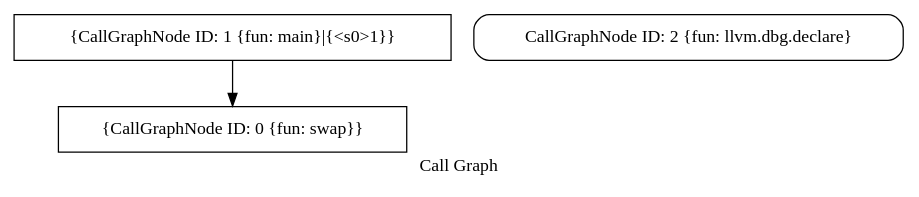
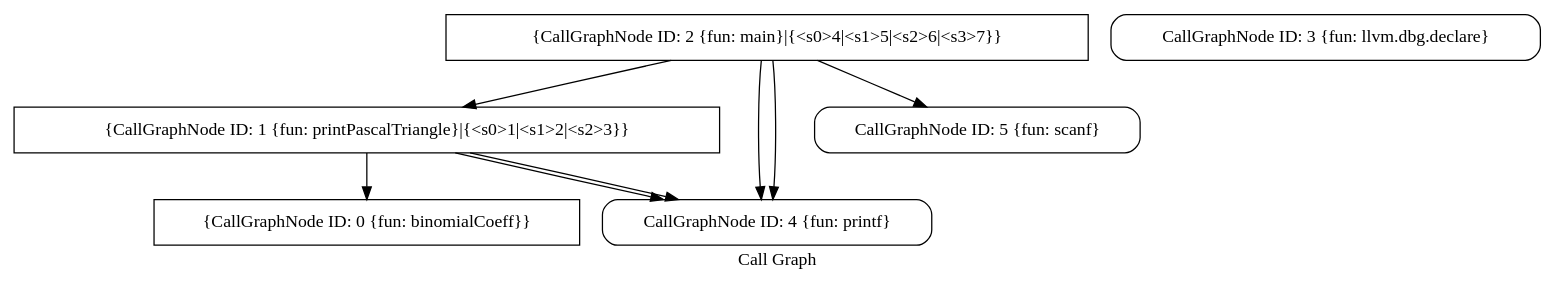
Before and after one commit to SVF-tools/SVF-Python: the diagram in tcg.dot, drawn with Graphviz. The commit also changed 3 other files, not shown here.

```diff
--- a/tcg.dot
+++ b/tcg.dot
@@ -1,8 +1,17 @@
 digraph "Call Graph" {
 	label="Call Graph";
 
-	Node0x14274da30 [shape=record,shape=box,label="{CallGraphNode ID: 0 \{fun: swap\}}"];
-	Node0x14274e0a0 [shape=record,shape=box,label="{CallGraphNode ID: 1 \{fun: main\}|{<s0>1}}"];
-	Node0x14274e0a0:s0 -> Node0x14274da30[color=black];
-	Node0x14274e0f0 [shape=record,shape=Mrecord,label="{CallGraphNode ID: 2 \{fun: llvm.dbg.declare\}}"];
+	Node0x130e8d880 [shape=record,shape=box,label="{CallGraphNode ID: 0 \{fun: binomialCoeff\}}"];
+	Node0x130e8d8d0 [shape=record,shape=box,label="{CallGraphNode ID: 1 \{fun: printPascalTriangle\}|{<s0>1|<s1>2|<s2>3}}"];
+	Node0x130e8d8d0:s0 -> Node0x130e8d880[color=black];
+	Node0x130e8d8d0:s1 -> Node0x130e8dc60[color=black];
+	Node0x130e8d8d0:s2 -> Node0x130e8dc60[color=black];
+	Node0x130e8e080 [shape=record,shape=box,label="{CallGraphNode ID: 2 \{fun: main\}|{<s0>4|<s1>5|<s2>6|<s3>7}}"];
+	Node0x130e8e080:s0 -> Node0x130e8dc60[color=black];
+	Node0x130e8e080:s1 -> Node0x130e8cde0[color=black];
+	Node0x130e8e080:s2 -> Node0x130e8dc60[color=black];
+	Node0x130e8e080:s3 -> Node0x130e8d8d0[color=black];
+	Node0x130e8dc10 [shape=record,shape=Mrecord,label="{CallGraphNode ID: 3 \{fun: llvm.dbg.declare\}}"];
+	Node0x130e8dc60 [shape=record,shape=Mrecord,label="{CallGraphNode ID: 4 \{fun: printf\}}"];
+	Node0x130e8cde0 [shape=record,shape=Mrecord,label="{CallGraphNode ID: 5 \{fun: scanf\}}"];
 }
```
